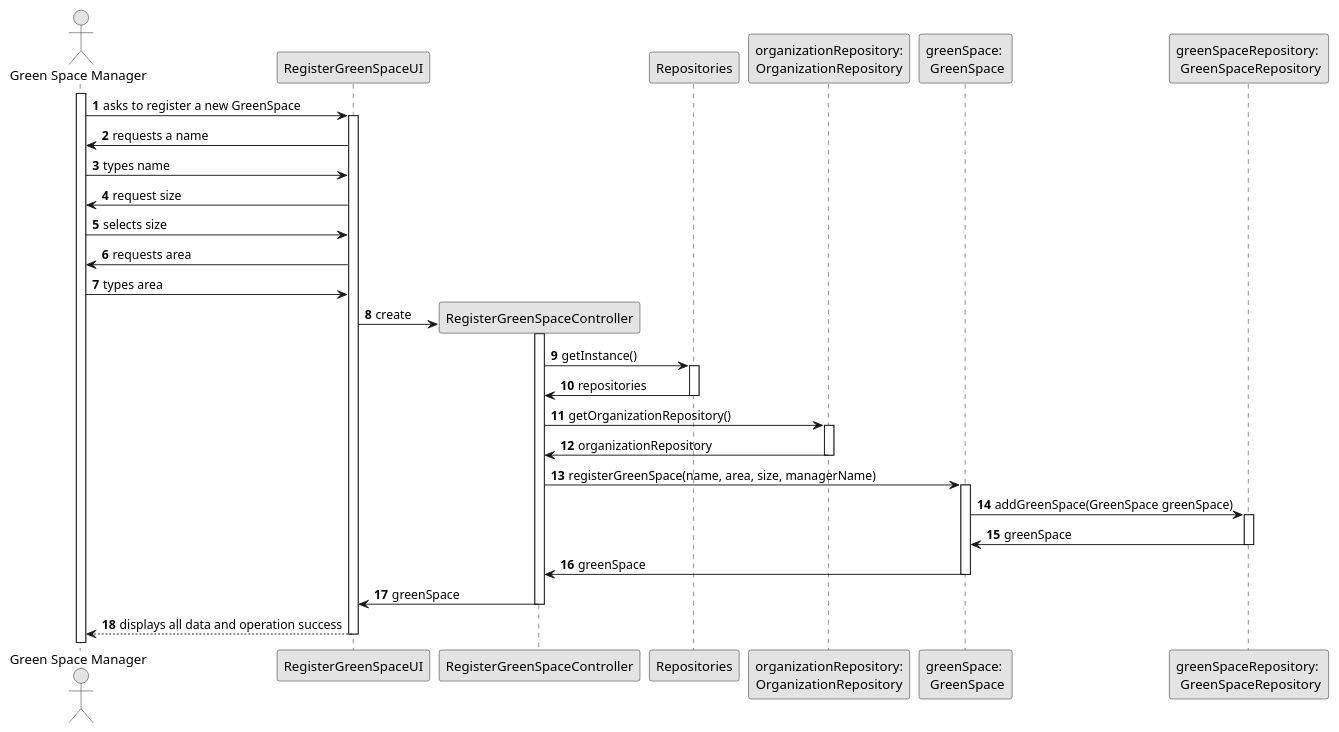
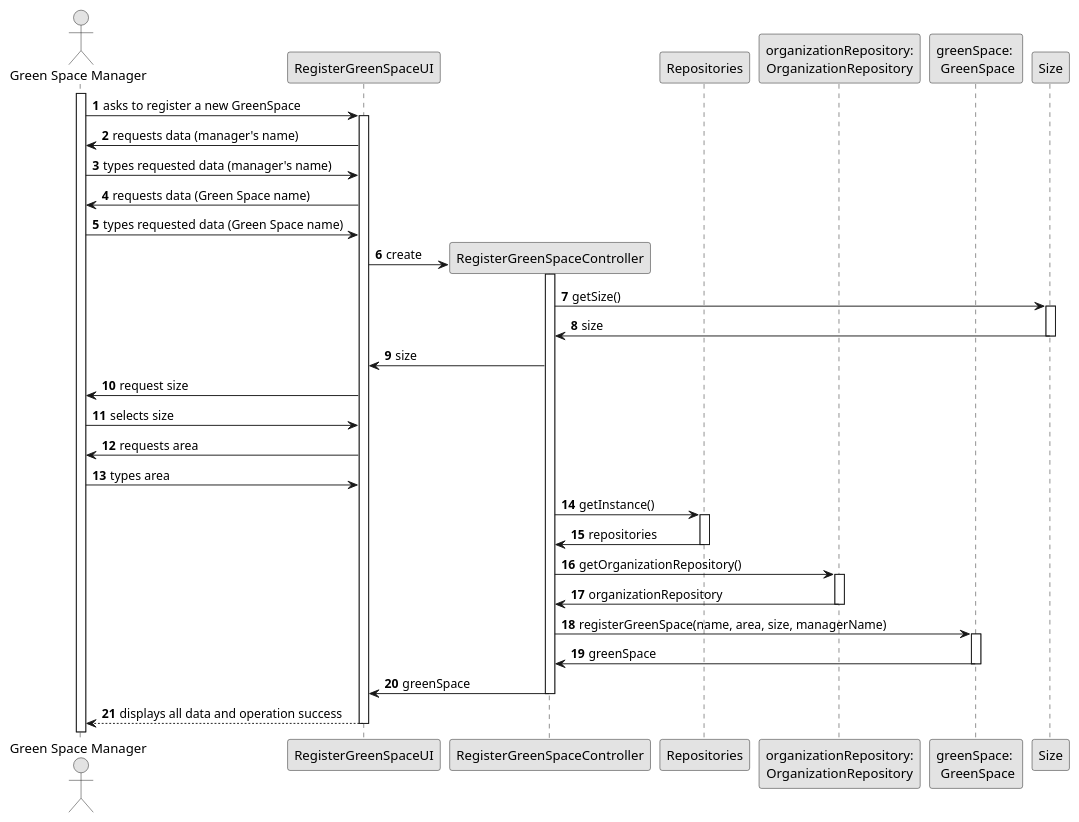
The diagram in docs/SprintC/us020/03.design/puml/us020-sequence-diagram-full.puml (Departamento-de-Engenharia-Informatica/lei-24-s2-1df-1de-g063), drawn with PlantUML before and after one commit. The commit also changed 19 other files, not shown here.

```diff
--- a/docs/SprintC/us020/03.design/puml/us020-sequence-diagram-full.puml
+++ b/docs/SprintC/us020/03.design/puml/us020-sequence-diagram-full.puml
@@ -1,74 +1,73 @@
 @startuml
 skinparam monochrome true
 skinparam packageStyle rectangle
 skinparam shadowing false
 
 autonumber
 
 'hide footbox
 actor "Green Space Manager" as GSM
 participant "RegisterGreenSpaceUI" as UI
 participant "RegisterGreenSpaceController" as CTRL
 participant "Repositories" as Rep
 participant "organizationRepository:\nOrganizationRepository" as organizationRepository
 participant "greenSpace: \n GreenSpace" as GreenSpace
-participant "greenSpaceRepository: \n GreenSpaceRepository" as GreenSpaceRep
+participant "Size" as Size
 
 activate GSM
 
      GSM -> UI : asks to register a new GreenSpace
 
      activate UI
 
-            UI -> GSM : requests a name
-            GSM -> UI : types name
+            UI -> GSM : requests data (manager's name)
+            GSM -> UI : types requested data (manager's name)
+            UI -> GSM : requests data (Green Space name)
+            GSM -> UI : types requested data (Green Space name)
+            UI -> CTRL** : create
+            activate CTRL
+            CTRL -> Size : getSize()
+            activate Size
+            Size -> CTRL : size
+            deactivate Size
+            CTRL -> UI : size
+
             UI -> GSM : request size
             GSM -> UI : selects size
             UI -> GSM : requests area
             GSM -> UI : types area
-            UI -> CTRL** : create
 
-
-     activate CTRL
 
             CTRL -> Rep : getInstance()
 
      activate Rep
 
             Rep -> CTRL : repositories
 
      deactivate Rep
 
             CTRL -> organizationRepository : getOrganizationRepository()
 
      activate organizationRepository
 
             organizationRepository -> CTRL : organizationRepository
 
      deactivate organizationRepository
 
             CTRL -> GreenSpace : registerGreenSpace(name, area, size, managerName)
 
      activate GreenSpace
 
-            GreenSpace -> GreenSpaceRep : addGreenSpace(GreenSpace greenSpace)
-
-     activate GreenSpaceRep
-
-            GreenSpaceRep -> GreenSpace : greenSpace
-
-     deactivate GreenSpaceRep
-
             GreenSpace -> CTRL : greenSpace
 
      deactivate GreenSpace
 
             CTRL -> UI : greenSpace
 
      deactivate CTRL
 
      UI --> GSM : displays all data and operation success
 
      deactivate UI
 
 @enduml
```
